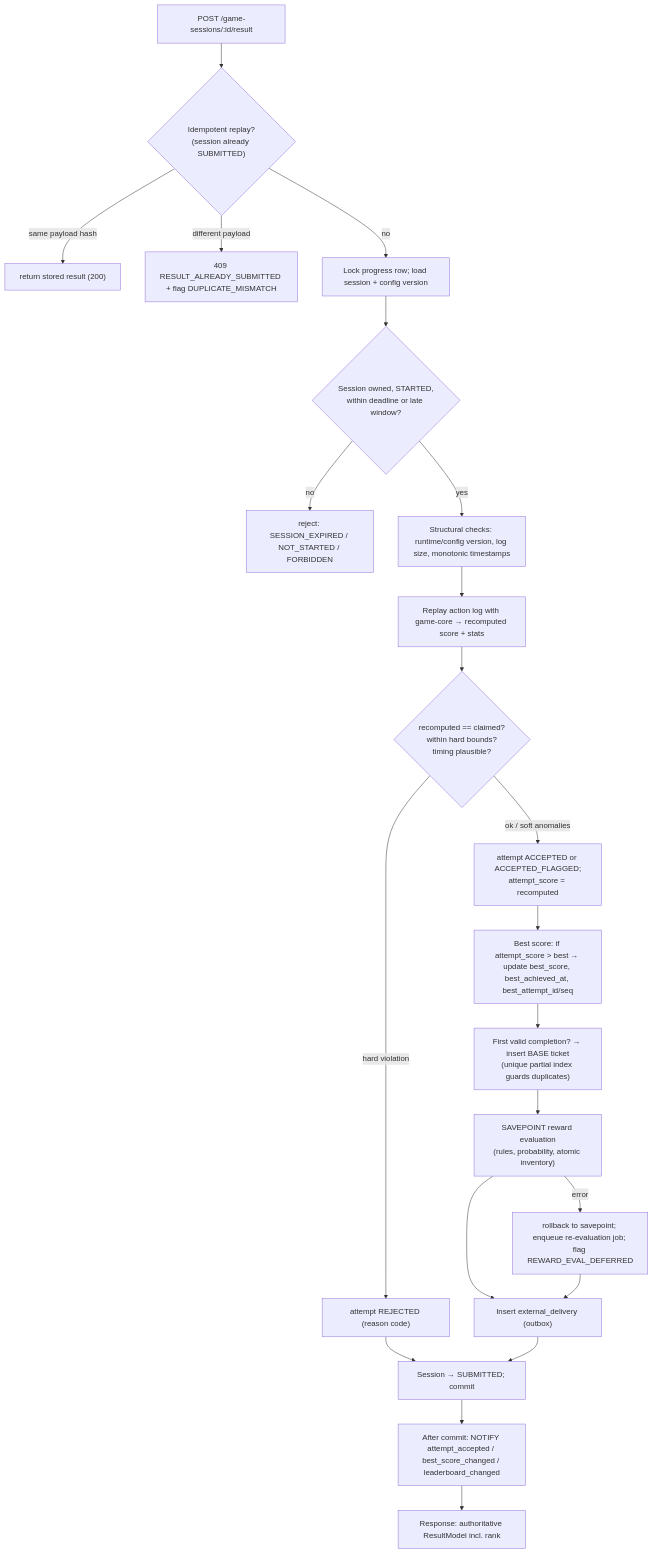
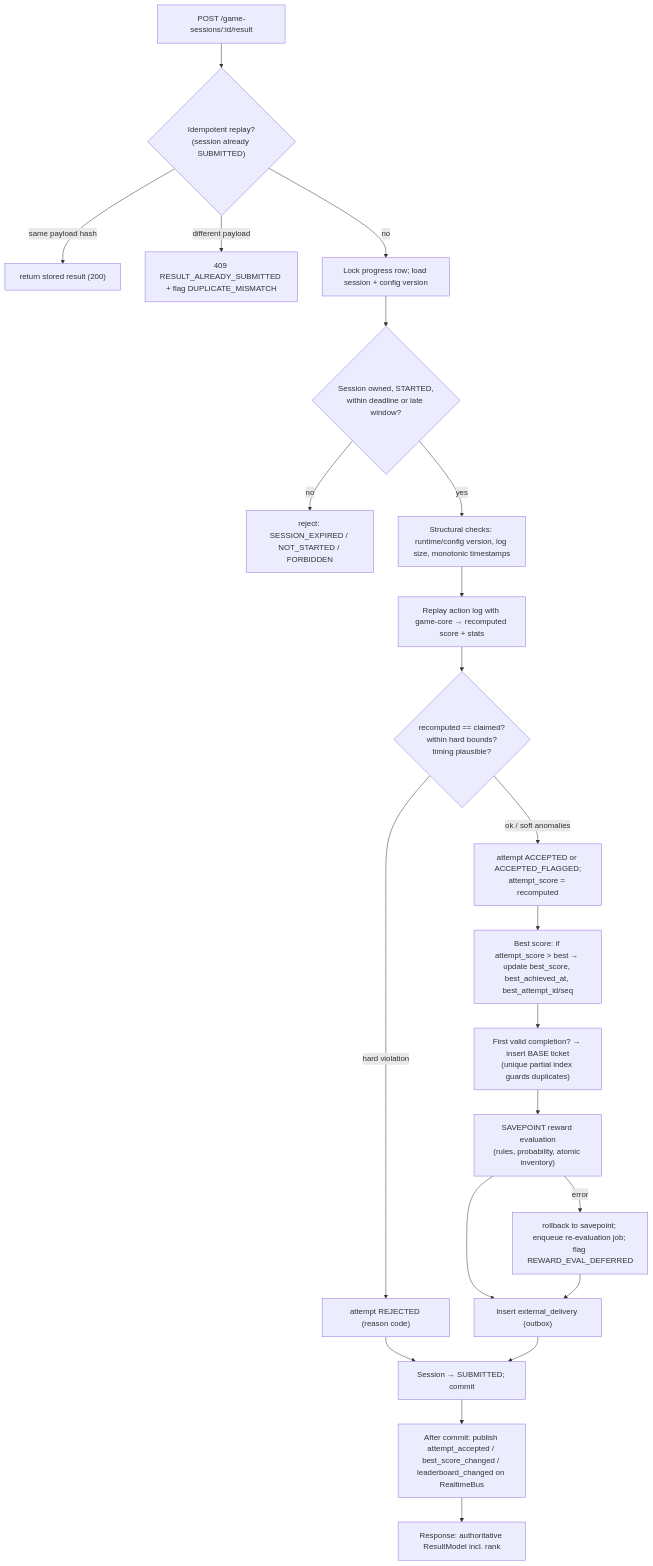
One commit to osameh15/Snowa-Exhibition-Game changed the second of 2 diagrams in docs/01-architecture/05-backend-architecture.md. Above: the diagram before and after it, drawn with Mermaid. The commit also changed other lines of this file and 61 other files, not shown here.

First line of the commit message:
docs: right-size secure exhibition architecture

````diff
--- a/docs/01-architecture/05-backend-architecture.md
+++ b/docs/01-architecture/05-backend-architecture.md
@@ -49,24 +53,24 @@
 ```mermaid
 flowchart TD
   A["POST /game-sessions/:id/result"] --> B{"Idempotent replay?<br/>(session already SUBMITTED)"}
   B -- "same payload hash" --> B1["return stored result (200)"]
   B -- "different payload" --> B2["409 RESULT_ALREADY_SUBMITTED + flag DUPLICATE_MISMATCH"]
   B -- no --> C["Lock progress row; load session + config version"]
   C --> D{"Session owned, STARTED,<br/>within deadline or late window?"}
   D -- no --> D1["reject: SESSION_EXPIRED / NOT_STARTED / FORBIDDEN"]
   D -- yes --> E["Structural checks: runtime/config version, log size, monotonic timestamps"]
   E --> F["Replay action log with game-core → recomputed score + stats"]
   F --> G{"recomputed == claimed?<br/>within hard bounds?<br/>timing plausible?"}
   G -- "hard violation" --> G1["attempt REJECTED (reason code)"]
   G -- "ok / soft anomalies" --> H["attempt ACCEPTED or ACCEPTED_FLAGGED;<br/>attempt_score = recomputed"]
   H --> I["Best score: if attempt_score > best → update best_score, best_achieved_at, best_attempt_id/seq"]
   I --> J["First valid completion? → insert BASE ticket<br/>(unique partial index guards duplicates)"]
   J --> K["SAVEPOINT reward evaluation<br/>(rules, probability, atomic inventory)"]
   K -- error --> K1["rollback to savepoint; enqueue re-evaluation job; flag REWARD_EVAL_DEFERRED"]
   K --> L["Insert external_delivery (outbox)"]
   K1 --> L
   G1 --> M
   L --> M["Session → SUBMITTED; commit"]
-  M --> N["After commit: NOTIFY attempt_accepted / best_score_changed / leaderboard_changed"]
+  M --> N["After commit: publish attempt_accepted / best_score_changed / leaderboard_changed on RealtimeBus"]
   N --> O["Response: authoritative ResultModel incl. rank"]
 ```
````
